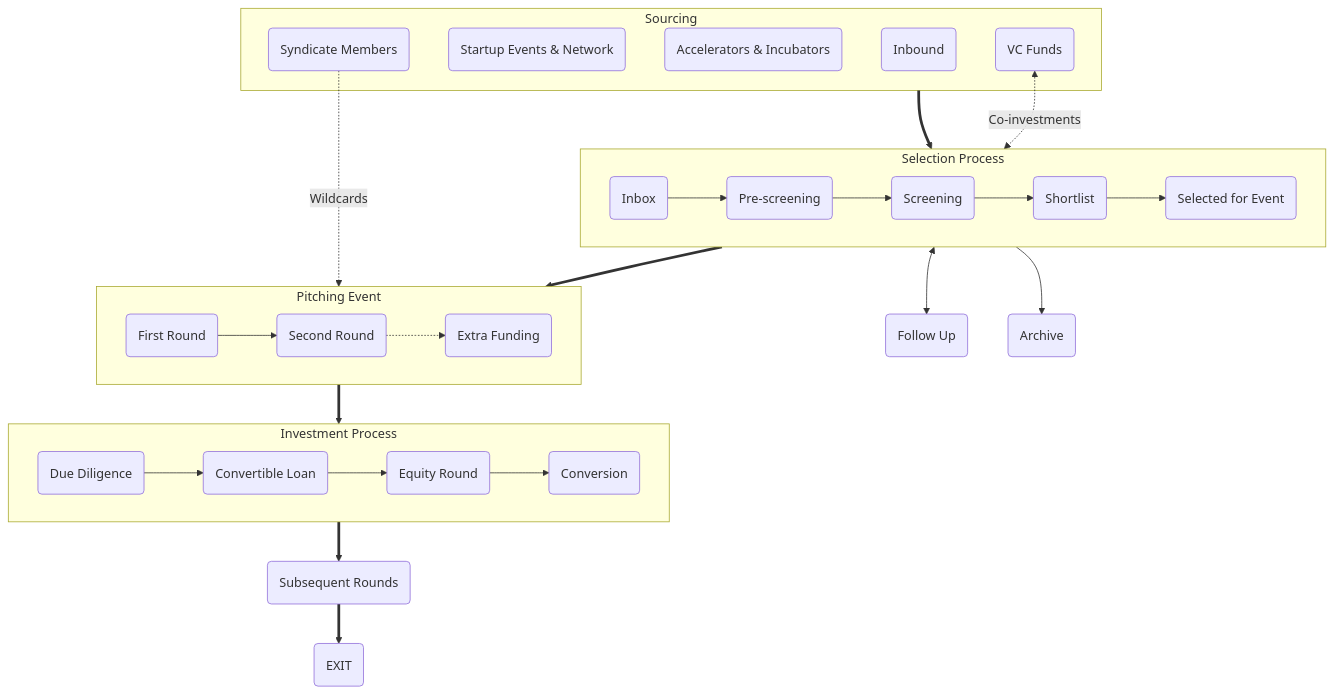
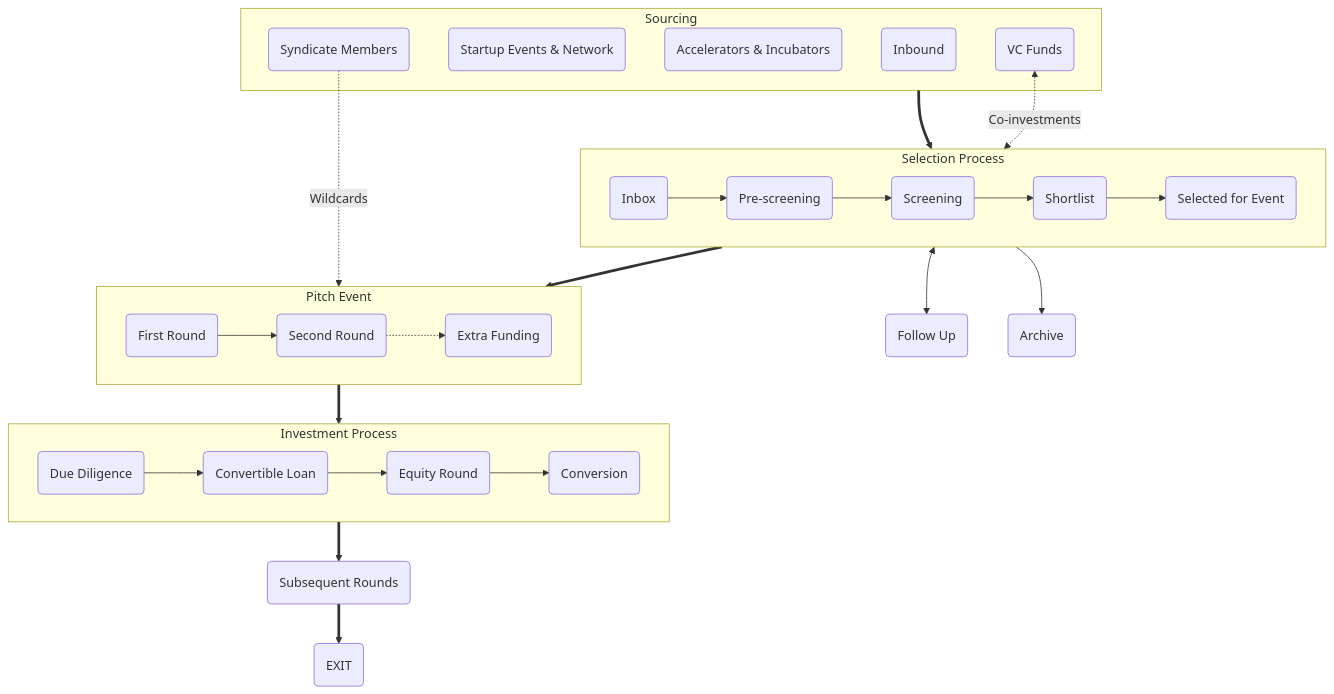
The diagram in content/slovak/resources/knowledge-base/how-we-invest.md (kdsp-net/gluon-web), drawn with Mermaid before and after one commit. The commit also changed other lines of this file, not shown here.

```diff
--- a/content/slovak/resources/knowledge-base/how-we-invest.md
+++ b/content/slovak/resources/knowledge-base/how-we-invest.md
@@ -76,7 +76,7 @@
 
 members -. "Wildcards" .-> event  
 
-subgraph event ["Pitching Event"]
+subgraph event ["Pitch Event"]
   direction LR
   firstRound --> secondRound
   secondRound .-> extraFunding
```
